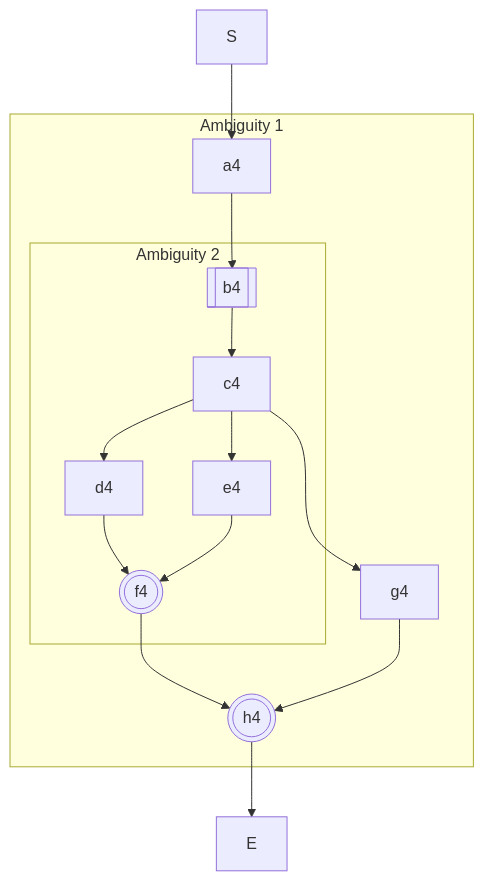
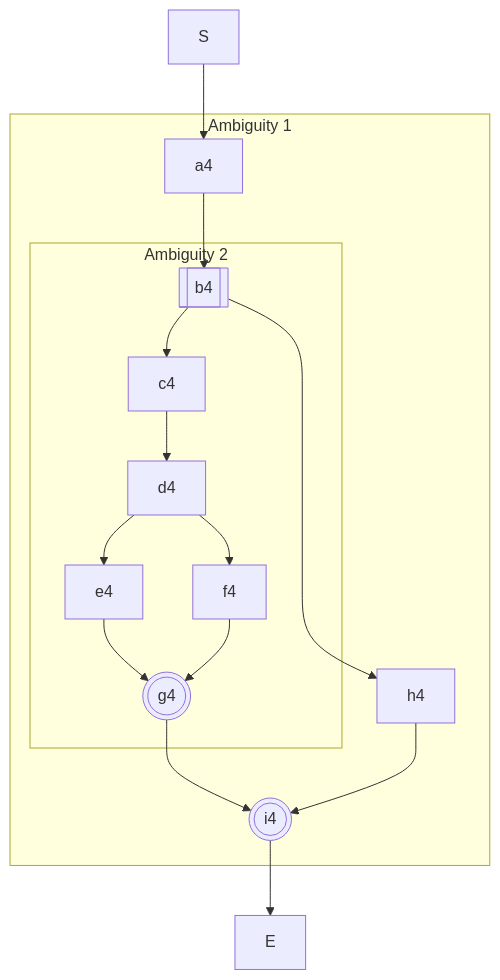
One commit to vczh-websites/vczh changed diagram 17 of 17 in Blog/GLR-Refactoring/Mermaid.md. Above: the diagram before and after it, drawn with Mermaid.

````diff
--- a/Blog/GLR-Refactoring/Mermaid.md
+++ b/Blog/GLR-Refactoring/Mermaid.md
@@ -290,13 +290,13 @@
 ```mermaid
 graph TD
   subgraph Ambiguity 1
     subgraph Ambiguity 2
-      b4[[b4]]-->c4-->d4 & e4-->f4(((f4)))
+      b4[[b4]]-->c4-->d4 --> e4 & f4-->g4(((g4)))
     end
     a4-->b4
-    c4-->g4
-    f4 & g4-->h4(((h4)))
+    b4-->h4
+    g4 & h4-->i4(((i4)))
   end
   S-->a4
-  h4-->E
+  i4-->E
 ```
````
